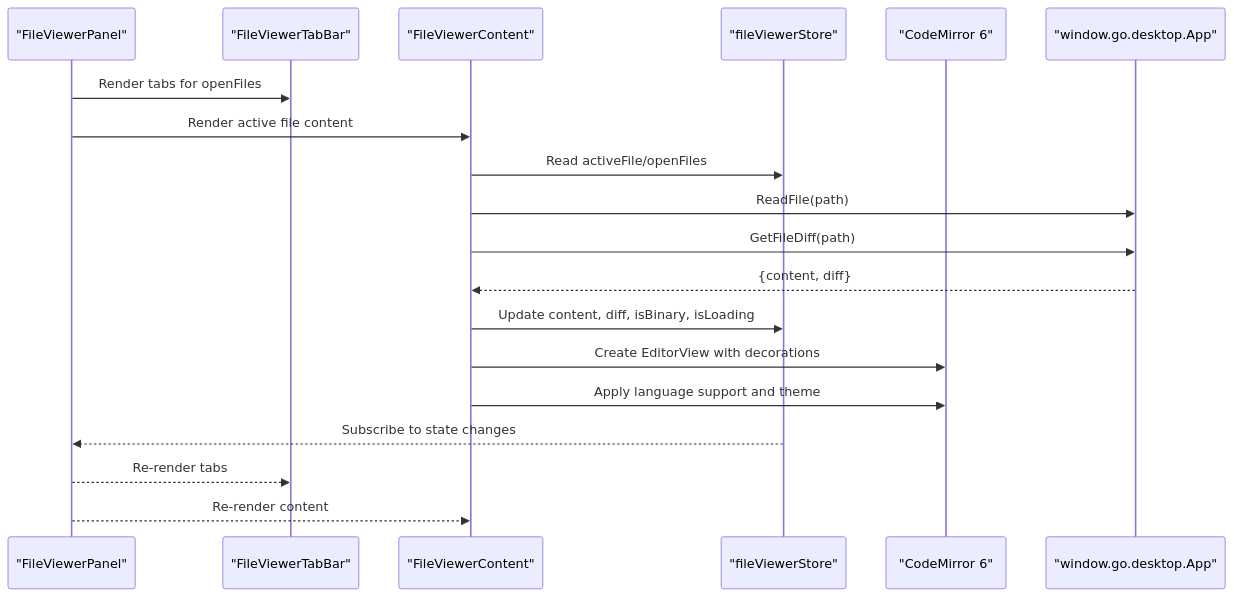
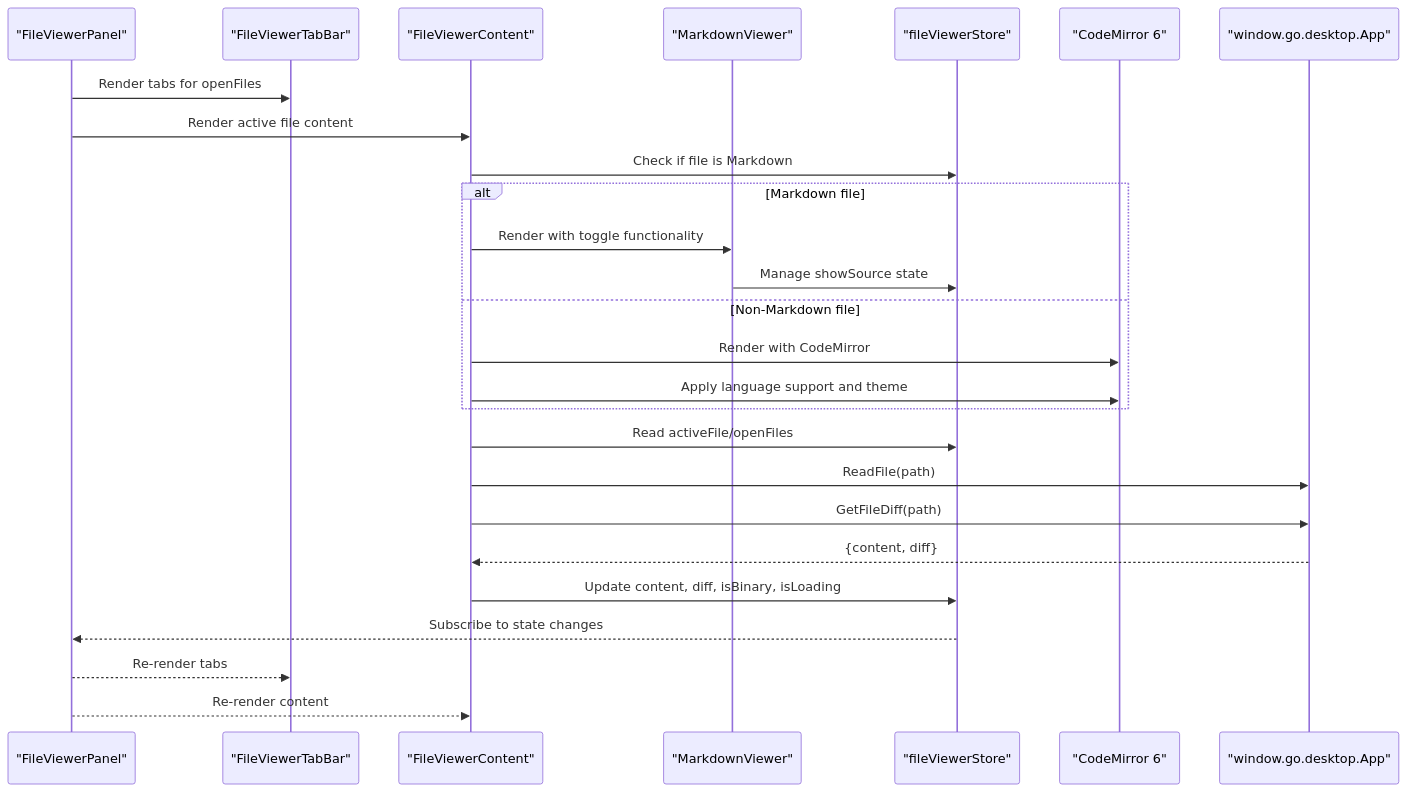
Before and after one commit to v0lka/c0wrk: the second of 11 diagrams in .qoder/repowiki/en/content/Frontend Application/UI Components/File Viewer Components.md, drawn with Mermaid. The commit also changed other lines of this file and 8 other files, not shown here.

````diff
--- a/.qoder/repowiki/en/content/Frontend Application/UI Components/File Viewer Components.md
+++ b/.qoder/repowiki/en/content/Frontend Application/UI Components/File Viewer Components.md
@@ -122,21 +132,28 @@
 ```mermaid
 sequenceDiagram
 participant UI as "FileViewerPanel"
 participant Tabs as "FileViewerTabBar"
 participant Content as "FileViewerContent"
+participant MDV as "MarkdownViewer"
 participant Store as "fileViewerStore"
 participant CM as "CodeMirror 6"
 participant Backend as "window.go.desktop.App"
 UI->>Tabs : Render tabs for openFiles
 UI->>Content : Render active file content
+Content->>Store : Check if file is Markdown
+alt Markdown file
+Content->>MDV : Render with toggle functionality
+MDV->>Store : Manage showSource state
+else Non-Markdown file
+Content->>CM : Render with CodeMirror
+Content->>CM : Apply language support and theme
+end
 Content->>Store : Read activeFile/openFiles
 Content->>Backend : ReadFile(path)
 Content->>Backend : GetFileDiff(path)
 Backend-->>Content : {content, diff}
 Content->>Store : Update content, diff, isBinary, isLoading
-Content->>CM : Create EditorView with decorations
-Content->>CM : Apply language support and theme
 Store-->>UI : Subscribe to state changes
 UI-->>Tabs : Re-render tabs
 UI-->>Content : Re-render content
 ```
````
